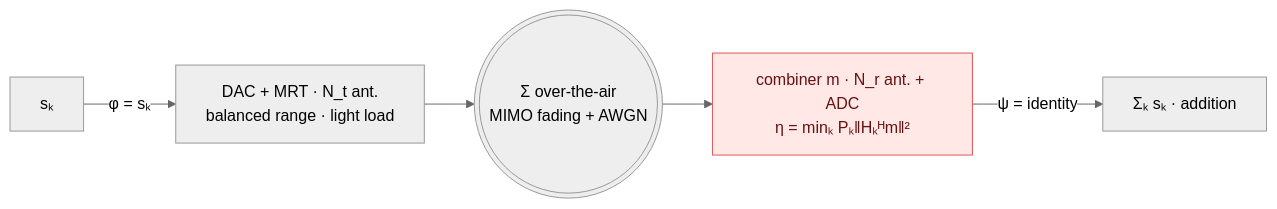
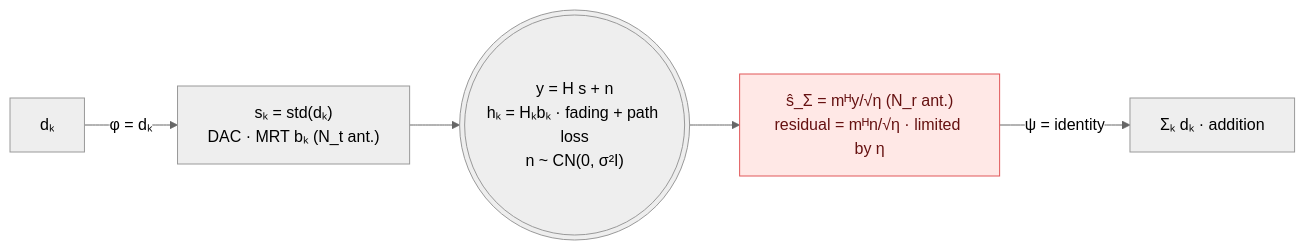
Before and after one commit to wincle626/OverAirCompute: the second of 13 diagrams in README.md, drawn with Mermaid (neutral theme). The commit also changed other lines of this file, not shown here.

````diff
--- a/README.md
+++ b/README.md
@@ -260,9 +277,9 @@
 ```mermaid
 flowchart LR
-    s["sₖ"] -->|"φ = sₖ"| tx["DAC + MRT · N_t ant.<br/>balanced range · light load"]
-    tx --> air((("Σ over-the-air<br/>MIMO fading + AWGN")))
-    air --> rx["combiner m · N_r ant. + ADC<br/>η = minₖ Pₖ‖Hₖᴴm‖²"]
-    rx -->|"ψ = identity"| r["Σₖ sₖ  ·  addition"]
+    d["dₖ"] -->|"φ = dₖ"| tx["sₖ = std(dₖ)<br/>DAC · MRT bₖ (N_t ant.)"]
+    tx --> y((("y = H s + n<br/>hₖ = Hₖbₖ · fading + path loss<br/>n ~ CN(0, σ²I)")))
+    y --> rx["ŝ_Σ = mᴴy/√η (N_r ant.)<br/>residual = mᴴn/√η · limited by η"]
+    rx -->|"ψ = identity"| r["Σₖ dₖ  ·  addition"]
     classDef hot fill:#ffe8e6,stroke:#E15759,color:#611;
     class rx hot;
 ```
````
